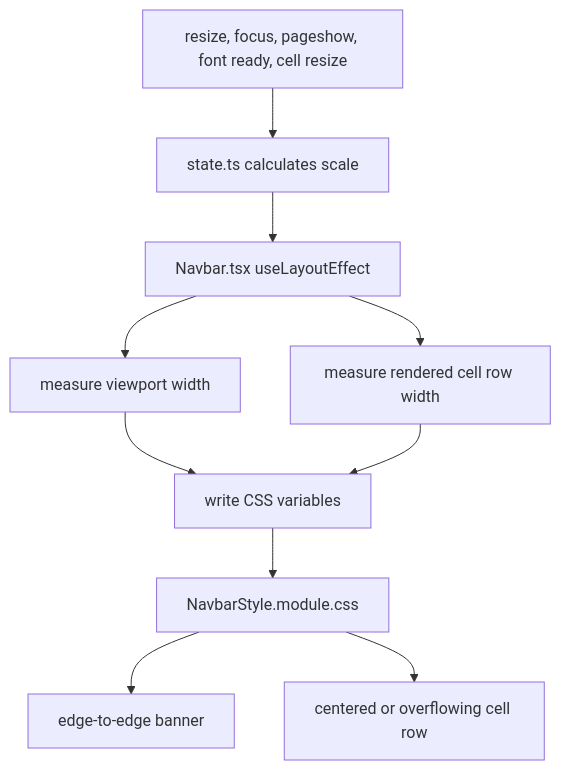
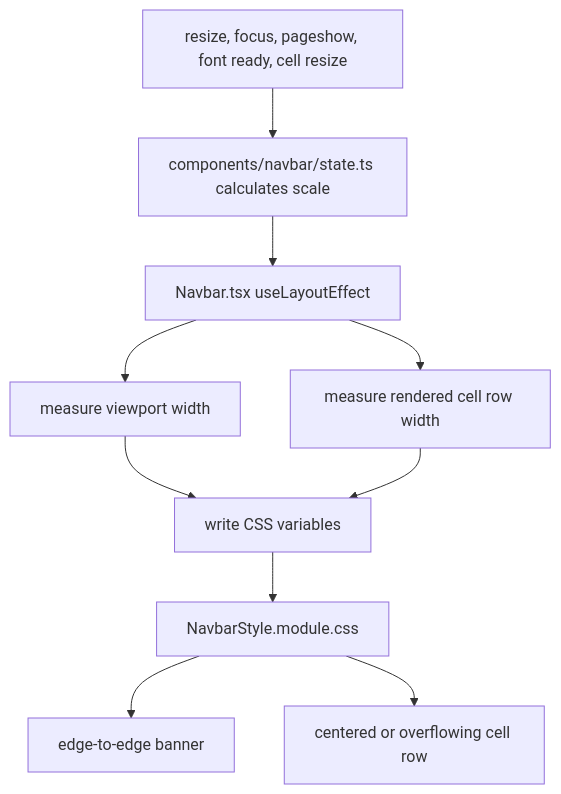
Before and after one commit to bucketb0t/Earth_In_Sound: the sixth of 20 diagrams in PROJECT_LEARNING_FLOW.md, drawn with Mermaid. The commit also changed other lines of this file and 20 other files, not shown here.

````diff
--- a/PROJECT_LEARNING_FLOW.md
+++ b/PROJECT_LEARNING_FLOW.md
@@ -792,12 +796,12 @@
 ```mermaid
 flowchart TD
-  Resize["resize, focus, pageshow, font ready, cell resize"] --> StateScale["state.ts calculates scale"]
+  Resize["resize, focus, pageshow, font ready, cell resize"] --> StateScale["components/navbar/state.ts calculates scale"]
   StateScale --> NavbarEffect["Navbar.tsx useLayoutEffect"]
   NavbarEffect --> MeasureViewport["measure viewport width"]
   NavbarEffect --> MeasureCells["measure rendered cell row width"]
   MeasureViewport --> CssVars["write CSS variables"]
   MeasureCells --> CssVars
   CssVars --> CssModule["NavbarStyle.module.css"]
   CssModule --> Banner["edge-to-edge banner"]
   CssModule --> Row["centered or overflowing cell row"]
 ```
````
